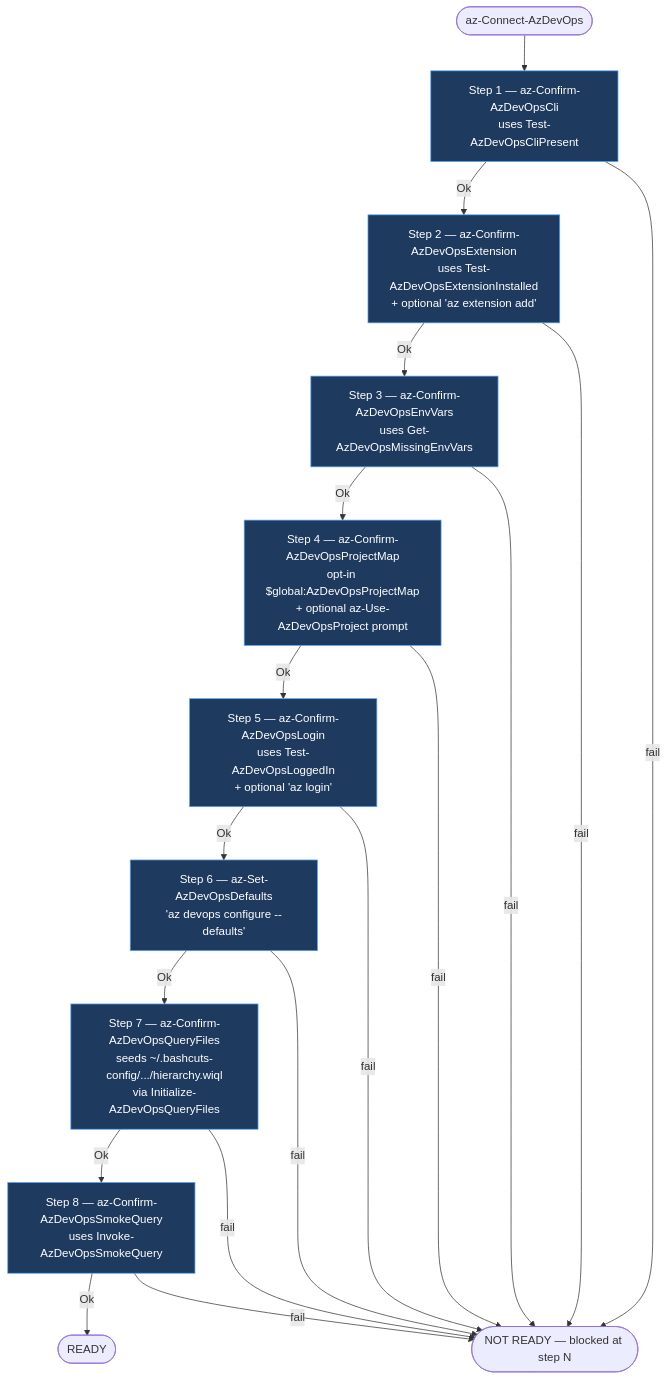
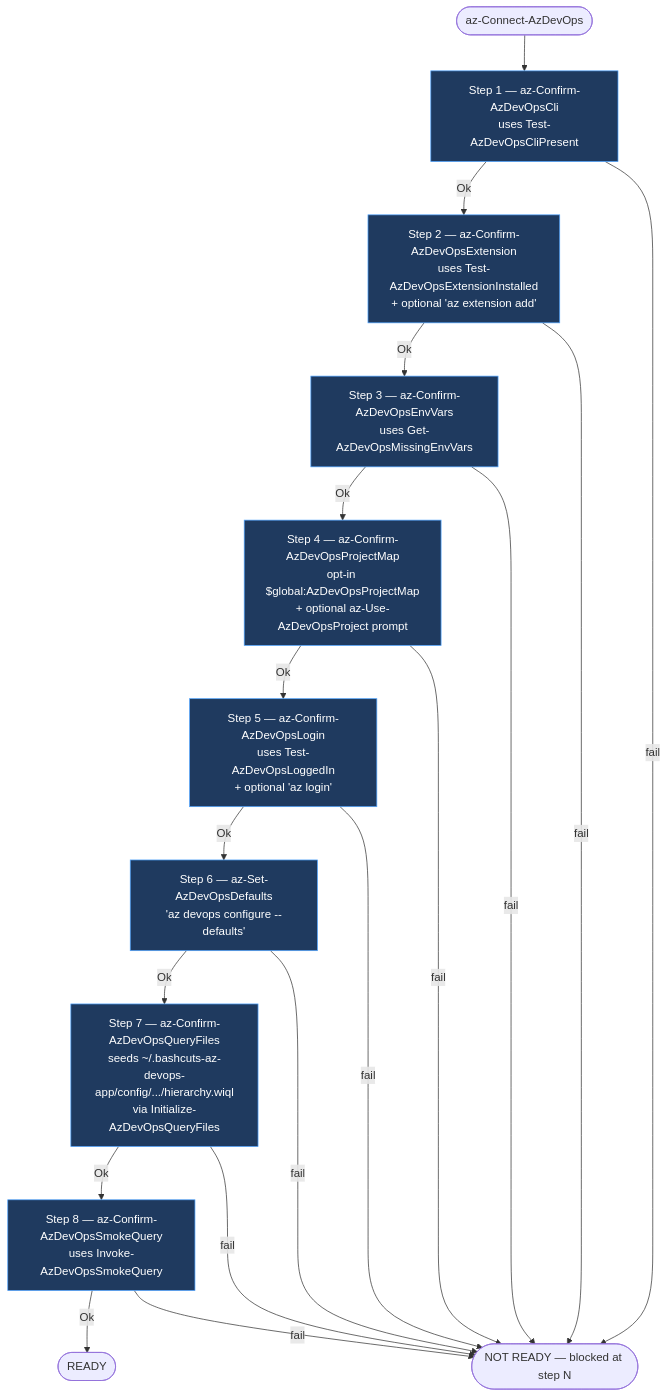
Before and after one commit to jdschleicher/bashcuts: the second of 12 diagrams in docs/azure-devops-diagrams.md, drawn with Mermaid. The commit also changed other lines of this file and 2 other files, not shown here.

First line of the commit message:
refactor: consolidate AzDevOps state under ~/.bashcuts-az-devops-app/

````diff
--- a/docs/azure-devops-diagrams.md
+++ b/docs/azure-devops-diagrams.md
@@ -114,37 +114,37 @@
 ```mermaid
 flowchart TD
     Start([az-Connect-AzDevOps]) --> S1
 
     S1["Step 1 — az-Confirm-AzDevOpsCli<br/>uses Test-AzDevOpsCliPresent"]
     S2["Step 2 — az-Confirm-AzDevOpsExtension<br/>uses Test-AzDevOpsExtensionInstalled<br/>+ optional 'az extension add'"]
     S3["Step 3 — az-Confirm-AzDevOpsEnvVars<br/>uses Get-AzDevOpsMissingEnvVars"]
     S4["Step 4 — az-Confirm-AzDevOpsProjectMap<br/>opt-in $global:AzDevOpsProjectMap<br/>+ optional az-Use-AzDevOpsProject prompt"]
     S5["Step 5 — az-Confirm-AzDevOpsLogin<br/>uses Test-AzDevOpsLoggedIn<br/>+ optional 'az login'"]
     S6["Step 6 — az-Set-AzDevOpsDefaults<br/>'az devops configure --defaults'"]
-    S7["Step 7 — az-Confirm-AzDevOpsQueryFiles<br/>seeds ~/.bashcuts-config/.../hierarchy.wiql<br/>via Initialize-AzDevOpsQueryFiles"]
+    S7["Step 7 — az-Confirm-AzDevOpsQueryFiles<br/>seeds ~/.bashcuts-az-devops-app/config/.../hierarchy.wiql<br/>via Initialize-AzDevOpsQueryFiles"]
     S8["Step 8 — az-Confirm-AzDevOpsSmokeQuery<br/>uses Invoke-AzDevOpsSmokeQuery"]
 
     Ready([READY])
     NotReady([NOT READY — blocked at step N])
 
     S1 -- Ok --> S2
     S2 -- Ok --> S3
     S3 -- Ok --> S4
     S4 -- Ok --> S5
     S5 -- Ok --> S6
     S6 -- Ok --> S7
     S7 -- Ok --> S8
     S8 -- Ok --> Ready
 
     S1 -- fail --> NotReady
     S2 -- fail --> NotReady
     S3 -- fail --> NotReady
     S4 -- fail --> NotReady
     S5 -- fail --> NotReady
     S6 -- fail --> NotReady
     S7 -- fail --> NotReady
     S8 -- fail --> NotReady
 
     classDef step fill:#1f3a5f,stroke:#4ea3ff,color:#fff
     class S1,S2,S3,S4,S5,S6,S7,S8 step
 ```
````
